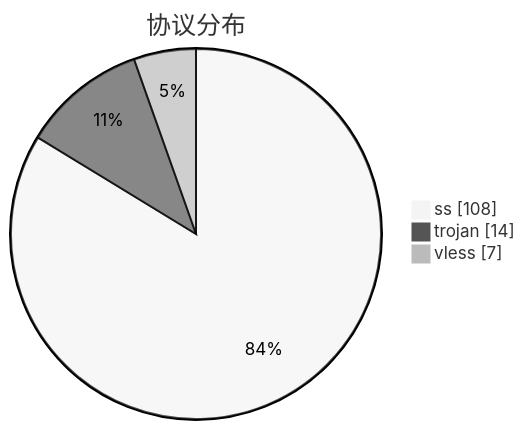
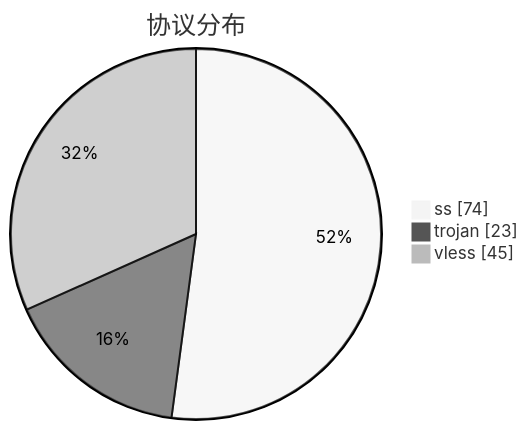
One commit to qjlxg/airport changed the third of 3 diagrams in subs/statistics/tested_within.md. Above: the diagram before and after it, drawn with Mermaid (neutral theme). The commit also changed other lines of this file and 2 other files, not shown here.

````diff
--- a/subs/statistics/tested_within.md
+++ b/subs/statistics/tested_within.md
@@ -32,7 +27,7 @@
 ```mermaid
 pie showData
 title 协议分布
-"ss" : 108
-"trojan" : 14
-"vless" : 7
+"ss" : 74
+"trojan" : 23
+"vless" : 45
 ```
````
